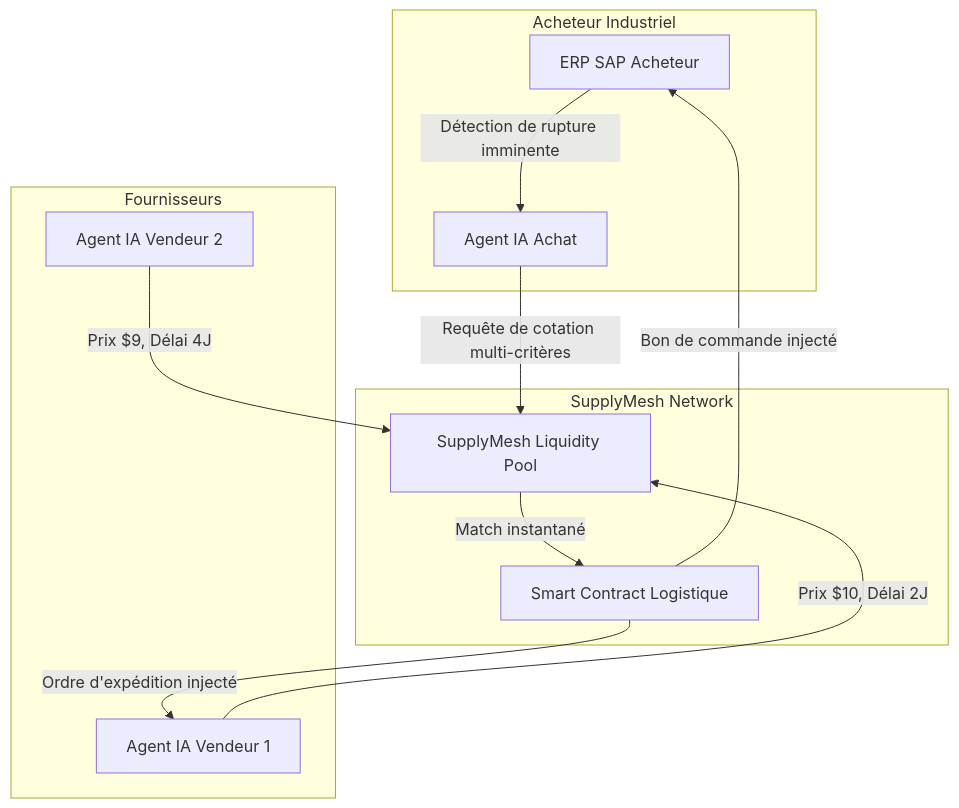
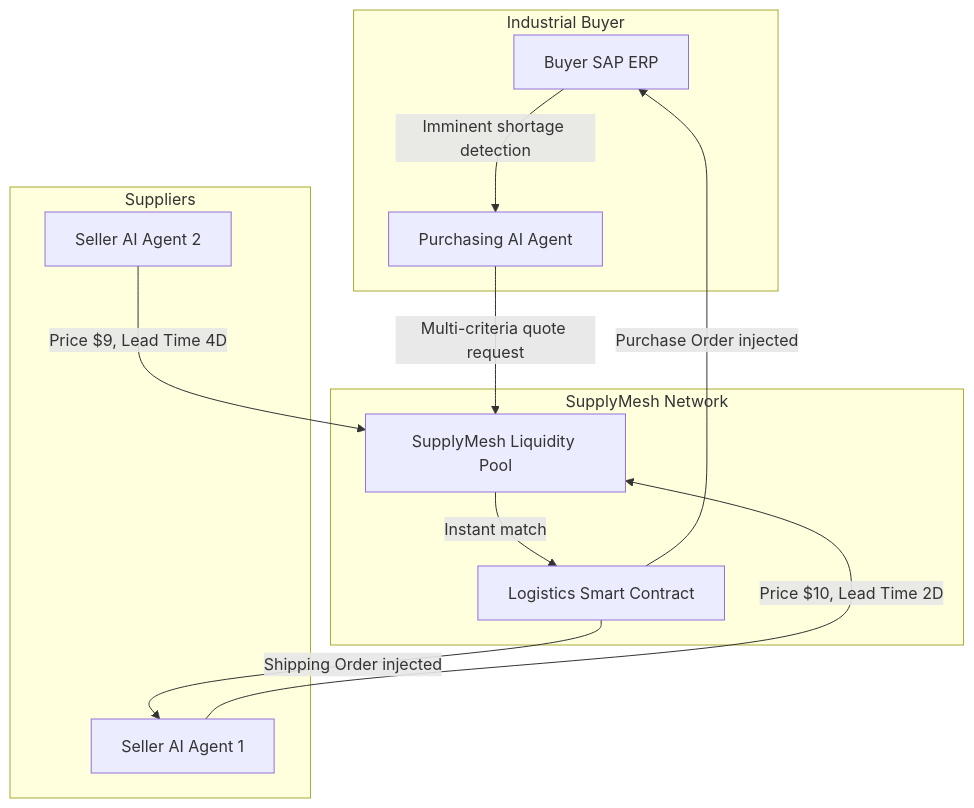
One commit to flouzzy/top-100-ai-startup-ideas changed the first of 2 diagrams in ideas/supplymesh-ai/README.md. Above: the diagram before and after it, drawn with Mermaid. The commit also changed other lines of this file and 21 other files, not shown here.

````diff
--- a/ideas/supplymesh-ai/README.md
+++ b/ideas/supplymesh-ai/README.md
@@ -15,19 +17,19 @@
 ```mermaid
 graph TD
-    subgraph Acheteur Industriel
-    ERP_A[ERP SAP Acheteur] --> |Détection de rupture imminente| Agent_A[Agent IA Achat]
+    subgraph Industrial Buyer
+    ERP_A[Buyer SAP ERP] --> |Imminent shortage detection| Agent_A[Purchasing AI Agent]
     end
 
     subgraph SupplyMesh Network
-    Agent_A --> |Requête de cotation multi-critères| Market[SupplyMesh Liquidity Pool]
-    Market --> |Match instantané| Contrat[Smart Contract Logistique]
+    Agent_A --> |Multi-criteria quote request| Market[SupplyMesh Liquidity Pool]
+    Market --> |Instant match| Contrat[Logistics Smart Contract]
     end
 
-    subgraph Fournisseurs
-    Agent_F1[Agent IA Vendeur 1] --> |Prix $10, Délai 2J| Market
-    Agent_F2[Agent IA Vendeur 2] --> |Prix $9, Délai 4J| Market
+    subgraph Suppliers
+    Agent_F1[Seller AI Agent 1] --> |Price $10, Lead Time 2D| Market
+    Agent_F2[Seller AI Agent 2] --> |Price $9, Lead Time 4D| Market
     end
 
-    Contrat --> |Bon de commande injecté| ERP_A
-    Contrat --> |Ordre d'expédition injecté| Agent_F1
+    Contrat --> |Purchase Order injected| ERP_A
+    Contrat --> |Shipping Order injected| Agent_F1
 ```
````
